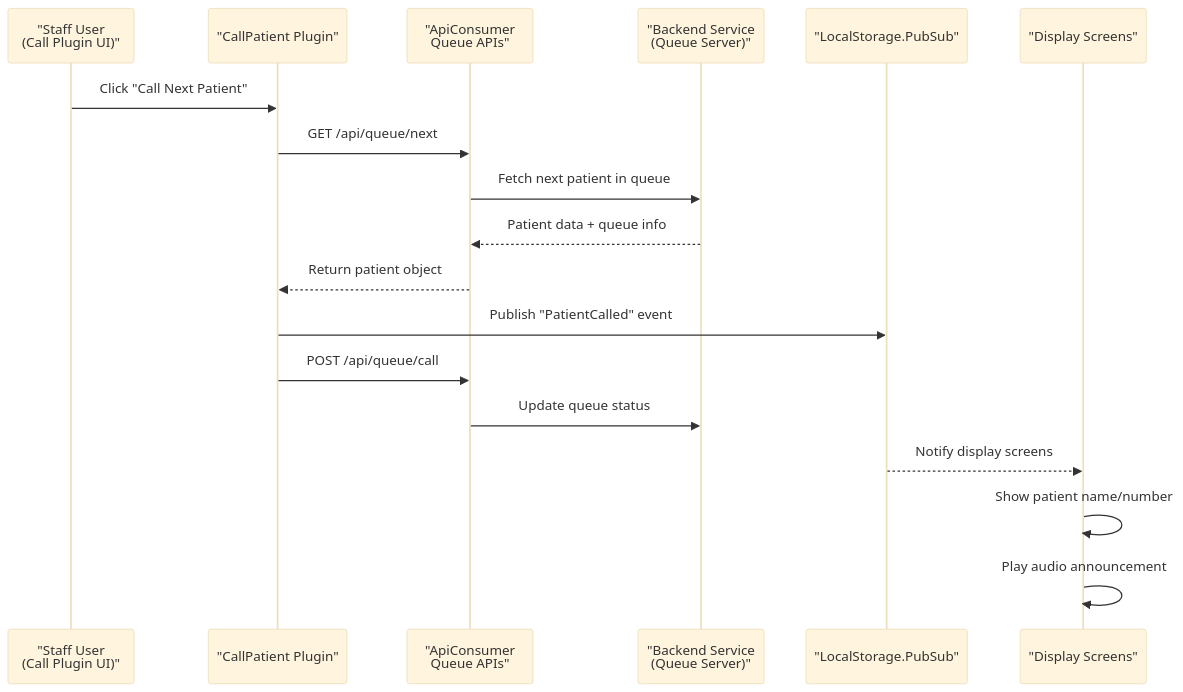
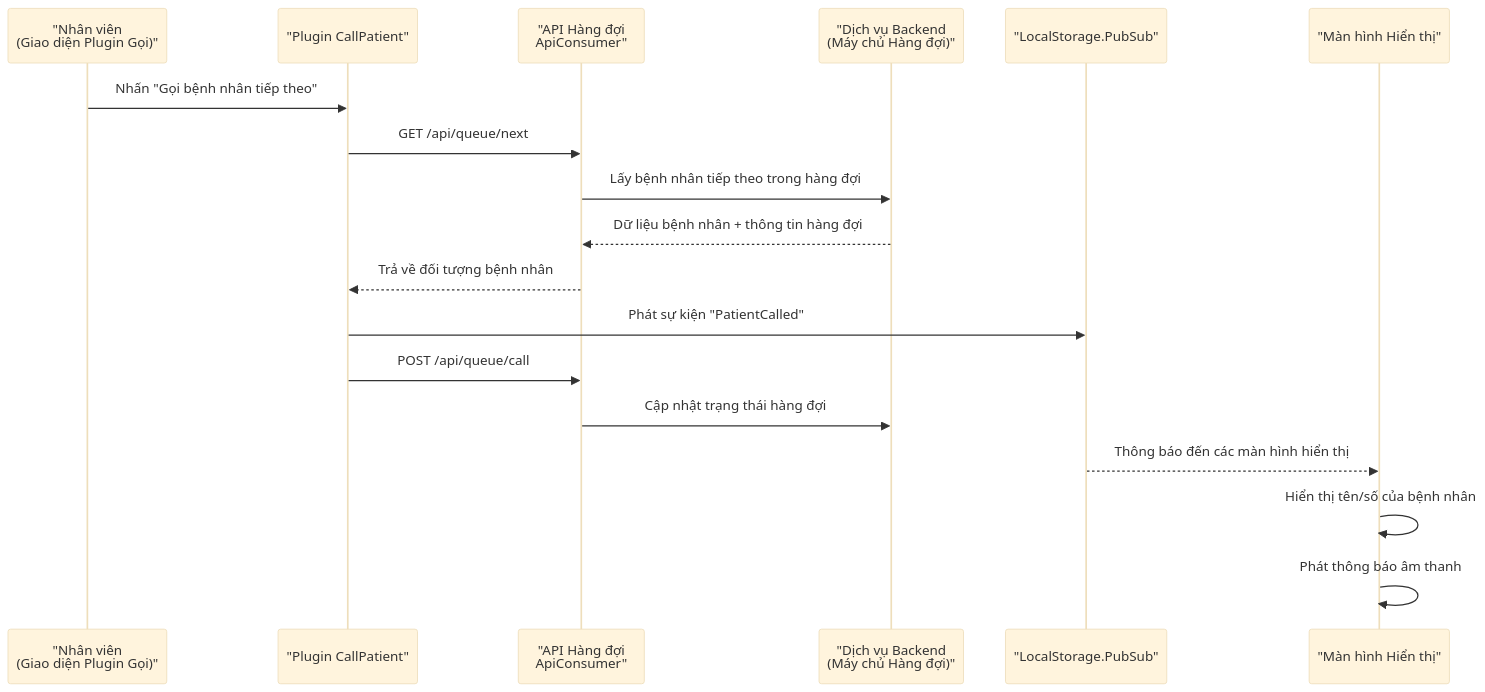
The fifth of 8 diagrams in docs/his-ba-documentation/03-business-domains/patient-management/patient-call-display.md (thangpnb/HIS), drawn with Mermaid (base theme) before and after one commit. The commit also changed other lines of this file and 30 other files, not shown here.

Commit message:
Refactor architecture docs and update translations

````diff
--- a/docs/his-ba-documentation/03-business-domains/patient-management/patient-call-display.md
+++ b/docs/his-ba-documentation/03-business-domains/patient-management/patient-call-display.md
@@ -227,21 +227,21 @@
 ```mermaid
 sequenceDiagram
-    participant Staff as "Staff User<br/>(Call Plugin UI)"
-    participant Plugin as "CallPatient Plugin"
-    participant API as "ApiConsumer<br/>Queue APIs"
-    participant Backend as "Backend Service<br/>(Queue Server)"
+    participant Staff as "Nhân viên<br/>(Giao diện Plugin Gọi)"
+    participant Plugin as "Plugin CallPatient"
+    participant API as "API Hàng đợi<br/>ApiConsumer"
+    participant Backend as "Dịch vụ Backend<br/>(Máy chủ Hàng đợi)"
     participant PubSub as "LocalStorage.PubSub"
-    participant Display as "Display Screens"
+    participant Display as "Màn hình Hiển thị"
     
-    Staff->>Plugin: Click "Call Next Patient"
+    Staff->>Plugin: Nhấn "Gọi bệnh nhân tiếp theo"
     Plugin->>API: GET /api/queue/next
-    API->>Backend: Fetch next patient in queue
-    Backend-->>API: Patient data + queue info
-    API-->>Plugin: Return patient object
-    Plugin->>PubSub: Publish "PatientCalled" event
+    API->>Backend: Lấy bệnh nhân tiếp theo trong hàng đợi
+    Backend-->>API: Dữ liệu bệnh nhân + thông tin hàng đợi
+    API-->>Plugin: Trả về đối tượng bệnh nhân
+    Plugin->>PubSub: Phát sự kiện "PatientCalled"
     Plugin->>API: POST /api/queue/call
-    API->>Backend: Update queue status
-    PubSub-->>Display: Notify display screens
-    Display->>Display: Show patient name/number
-    Display->>Display: Play audio announcement
+    API->>Backend: Cập nhật trạng thái hàng đợi
+    PubSub-->>Display: Thông báo đến các màn hình hiển thị
+    Display->>Display: Hiển thị tên/số của bệnh nhân
+    Display->>Display: Phát thông báo âm thanh
 ```
````
